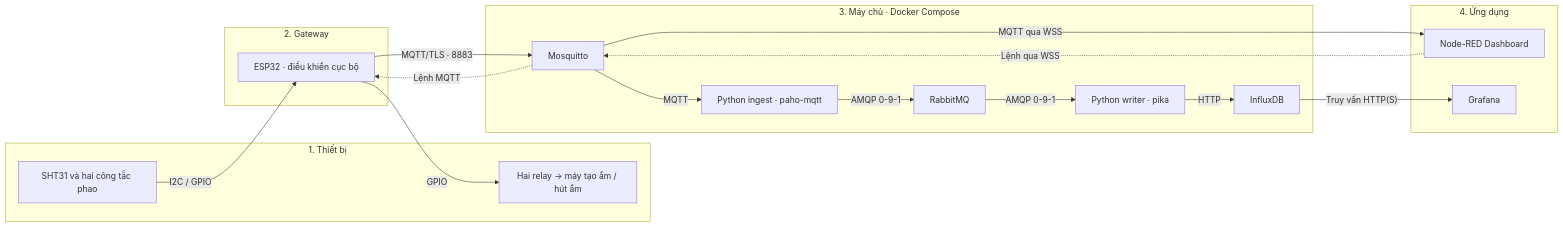
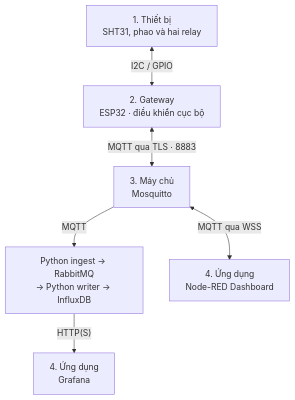
Before and after one commit to duongquaaaaaaa/humidity-balancer: the diagram in README.md, drawn with Mermaid. The commit also changed other lines of this file, not shown here.

Commit message:
docs: improve architecture diagram readability

````diff
--- a/README.md
+++ b/README.md
@@ -11,32 +11,15 @@
 ```mermaid
-flowchart LR
-    subgraph Device["1. Thiết bị"]
-        Sensor["SHT31 và hai công tắc phao"]
-        Relay["Hai relay → máy tạo ẩm / hút ẩm"]
-    end
-    subgraph Edge["2. Gateway"]
-        ESP["ESP32 · điều khiển cục bộ"]
-    end
-    subgraph Server["3. Máy chủ · Docker Compose"]
-        MQTT["Mosquitto"]
-        Ingest["Python ingest · paho-mqtt"]
-        Queue["RabbitMQ"]
-        Writer["Python writer · pika"]
-        DB["InfluxDB"]
-    end
-    subgraph App["4. Ứng dụng"]
-        NodeRed["Node-RED Dashboard"]
-        Grafana["Grafana"]
-    end
-    Sensor -->|"I2C / GPIO"| ESP
-    ESP -->|"GPIO"| Relay
-    ESP -->|"MQTT/TLS · 8883"| MQTT
-    MQTT -.->|"Lệnh MQTT"| ESP
-    MQTT -->|"MQTT"| Ingest
-    Ingest -->|"AMQP 0-9-1"| Queue
-    Queue -->|"AMQP 0-9-1"| Writer
-    Writer -->|"HTTP"| DB
-    MQTT -->|"MQTT qua WSS"| NodeRed
-    NodeRed -.->|"Lệnh qua WSS"| MQTT
-    DB -->|"Truy vấn HTTP(S)"| Grafana
+flowchart TB
+    Hardware["1. Thiết bị<br/>SHT31, phao và hai relay"]
+    ESP["2. Gateway<br/>ESP32 · điều khiển cục bộ"]
+    Broker["3. Máy chủ<br/>Mosquitto"]
+    History["Python ingest → RabbitMQ<br/>→ Python writer → InfluxDB"]
+    Dashboard["4. Ứng dụng<br/>Node-RED Dashboard"]
+    Grafana["4. Ứng dụng<br/>Grafana"]
+
+    Hardware <-->|"I2C / GPIO"| ESP
+    ESP <-->|"MQTT qua TLS · 8883"| Broker
+    Broker <-->|"MQTT qua WSS"| Dashboard
+    Broker -->|"MQTT"| History
+    History -->|"HTTP(S)"| Grafana
 ```
````
